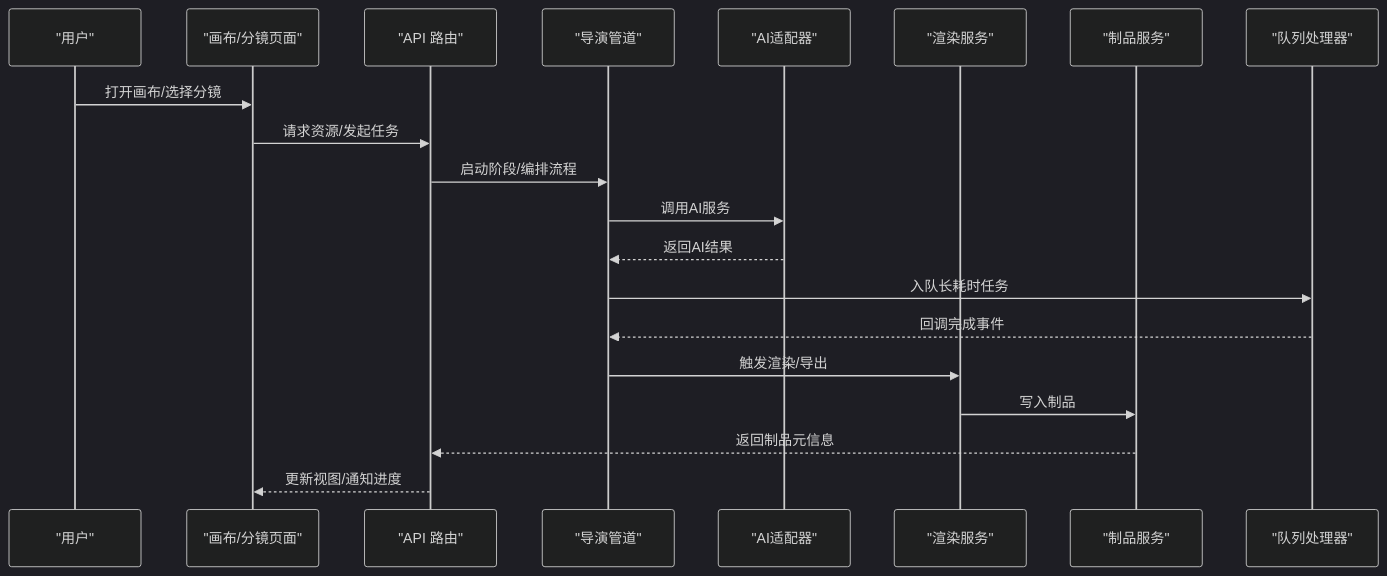
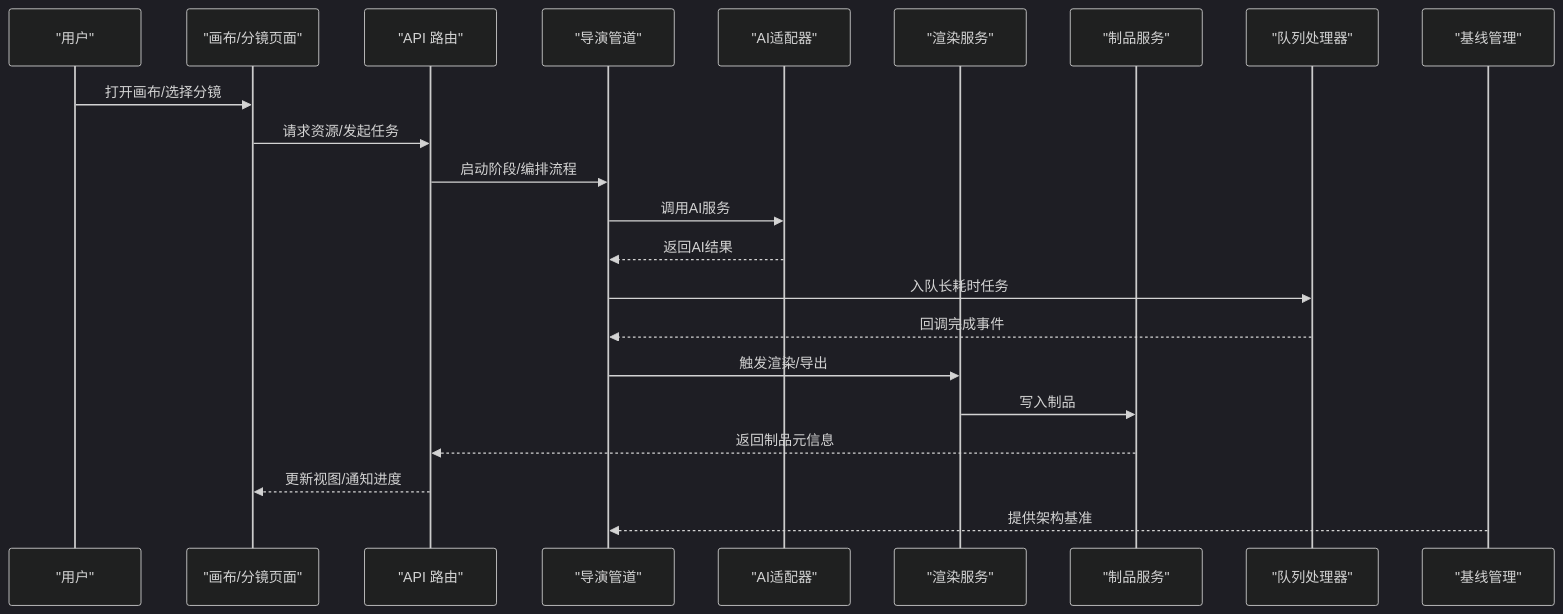
Before and after one commit to AIMFllyYS/code-video-canvas: the second of 7 diagrams in .qoder/repowiki/zh/content/开发指南/问题跟踪系统.md, drawn with Mermaid (dark theme). The commit also changed other lines of this file and 44 other files, not shown here.

````diff
--- a/.qoder/repowiki/zh/content/开发指南/问题跟踪系统.md
+++ b/.qoder/repowiki/zh/content/开发指南/问题跟踪系统.md
@@ -232,22 +240,24 @@
 ```mermaid
 sequenceDiagram
 participant U as "用户"
 participant UI as "画布/分镜页面"
 participant API as "API 路由"
 participant Dir as "导演管道"
 participant AI as "AI适配器"
 participant Ren as "渲染服务"
 participant Art as "制品服务"
 participant Q as "队列处理器"
+participant Baseline as "基线管理"
 U->>UI : 打开画布/选择分镜
 UI->>API : 请求资源/发起任务
 API->>Dir : 启动阶段/编排流程
 Dir->>AI : 调用AI服务
 AI-->>Dir : 返回AI结果
 Dir->>Q : 入队长耗时任务
 Q-->>Dir : 回调完成事件
 Dir->>Ren : 触发渲染/导出
 Ren->>Art : 写入制品
 Art-->>API : 返回制品元信息
 API-->>UI : 更新视图/通知进度
+Baseline-->>Dir : 提供架构基准
 ```
````
